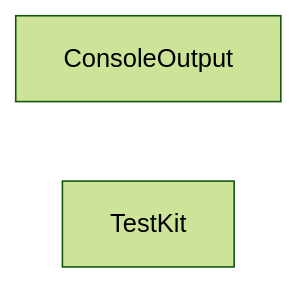
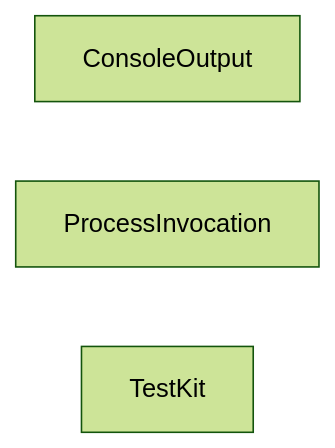
Before and after one commit to TaffarelJr/powershell-modules: the diagram in README.md, drawn with Mermaid (forest theme). The commit also changed other lines of this file and 18 other files, not shown here.

First line of the commit message:
feat: add the TaffarelJr.ProcessInvocation module

````diff
--- a/README.md
+++ b/README.md
@@ -25,5 +26,6 @@
 ```mermaid
 graph LR
     ConsoleOutput["ConsoleOutput"]
+    ProcessInvocation["ProcessInvocation"]
     TestKit["TestKit"]
 ```
````
